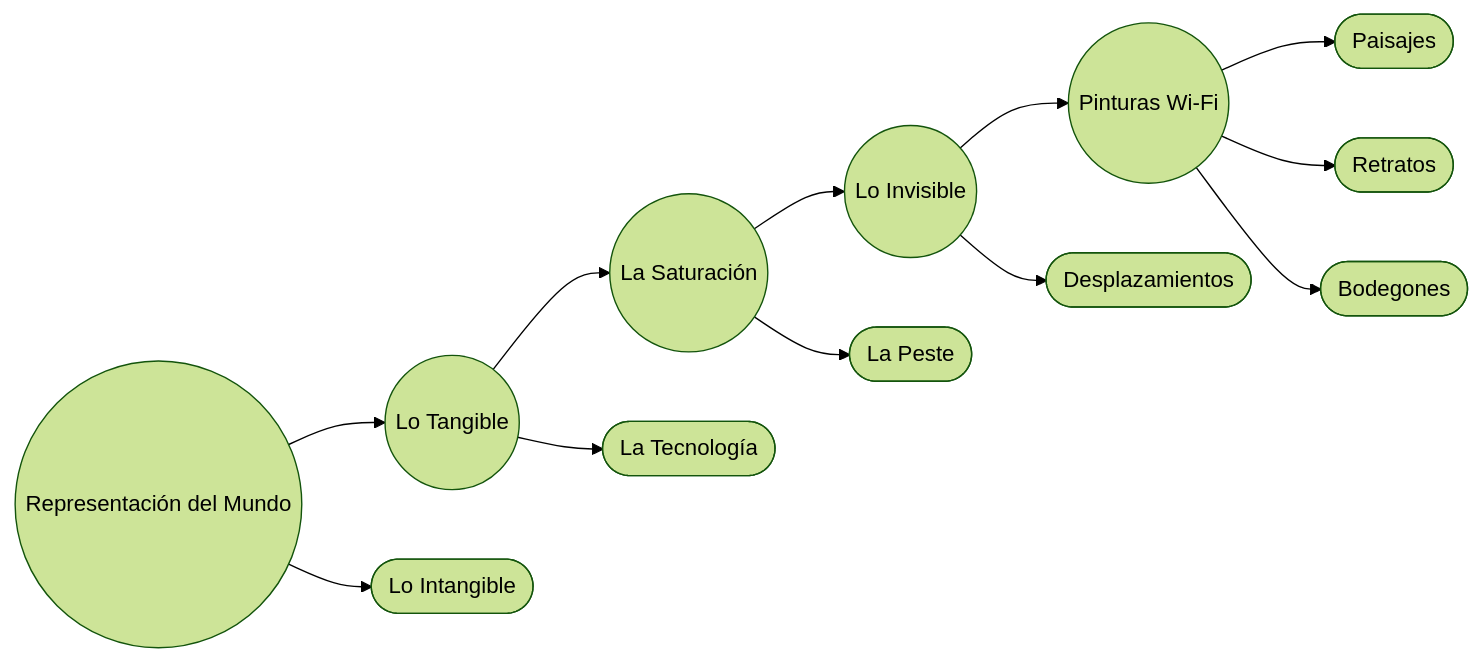
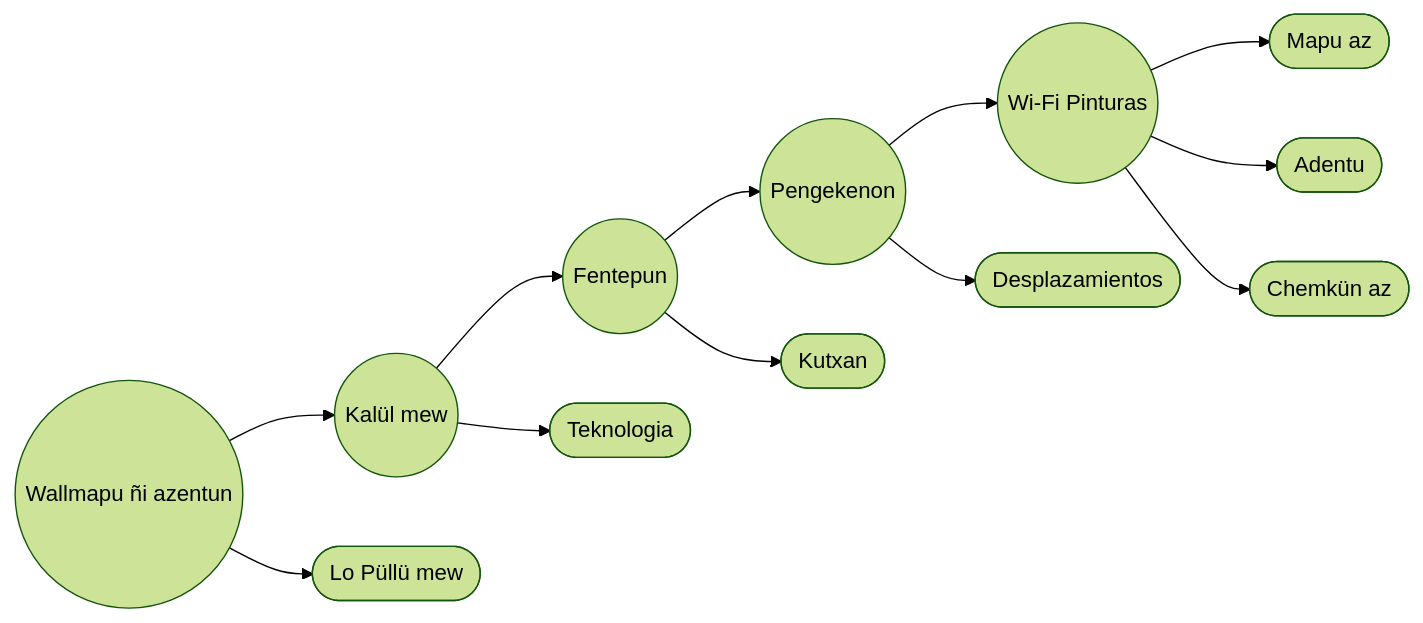
Before and after one commit to EGGS-Artesvisuales/EGGS-Artesvisuales.github.io: the diagram in MPD/pinturas-wifi.md, drawn with Mermaid (forest theme). The commit also changed other lines of this file and 43 other files, not shown here.

```diff
--- a/MPD/pinturas-wifi.md
+++ b/MPD/pinturas-wifi.md
@@ -89,35 +89,35 @@
 <div class="mermaid">
 graph LR
-  A((Representación del Mundo)) --> B((Lo Tangible))
-  A --> B2([Lo Intangible])
+  A((Wallmapu ñi azentun)) --> B((Kalül mew))
+  A --> B2([Lo Püllü mew])
 
-  B --> C((La Saturación))
-  B --> C2([La Tecnología])
+  B --> C((Fentepun))
+  B --> C2([Teknologia])
 
-  C --> D((Lo Invisible))
-  C --> D2([La Peste])
+  C --> D((Pengekenon))
+  C --> D2([Kutxan])
 
-  D --> E((Pinturas Wi-Fi))
+  D --> E((Wi-Fi Pinturas))
   D --> F([Desplazamientos])
 
-  %% Hijos de Pinturas Wi-Fi (categorías dentro de esta página)
-  E --> E1([Paisajes])
-  E --> E2([Retratos])
-  E --> E3([Bodegones])
+  %% Hijos de Wi-Fi Pinturas (categorías dentro de esta página)
+  E --> E1([Mapu az])
+  E --> E2([Adentu])
+  E --> E3([Chemkün az])
 
   %% Clicks (todos clickeables)
-  click A "/MPD/mundo-exterior.html" "Ver Representación del Mundo"
-  click B "/MPD/tangible.html" "Ver Lo Tangible"
-  click B2 "/MPD/intangible.html" "Ver Lo Intangible"
-  click C "/MPD/saturacion.html" "Ver La Saturación"
-  click C2 "/MPD/en-construccion.html" "Ver La Tecnología"
-  click D "/MPD/lo-invisible.html" "Ver Lo Invisible"
-  click D2 "/MPD/la-peste.html" "Ver La Peste"
-  click E "/MPD/pinturas-wifi.html" "Ver Pinturas Wi-Fi"
+  click A "/MPD/mundo-exterior.html" "Ver Wallmapu ñi azentun"
+  click B "/MPD/tangible.html" "Ver Kalül mew"
+  click B2 "/MPD/intangible.html" "Ver Lo Püllü mew"
+  click C "/MPD/saturacion.html" "Ver Fentepun"
+  click C2 "/MPD/en-construccion.html" "Ver Teknologia"
+  click D "/MPD/lo-invisible.html" "Ver Pengekenon"
+  click D2 "/MPD/la-peste.html" "Ver Kutxan"
+  click E "/MPD/pinturas-wifi.html" "Ver Wi-Fi Pinturas"
   click F "/MPD/en-construccion.html" "Ver Desplazamientos de la pintura"
 
   %% Enlaces a secciones internas (anclas) para coherencia con las 3 categorías
-  click E1 "#paisajes" "Ver Paisajes (Pinturas Wi-Fi)"
-  click E2 "#retratos" "Ver Retratos (Pinturas Wi-Fi)"
-  click E3 "#bodegones" "Ver Bodegones (Pinturas Wi-Fi)"
+  click E1 "#paisajes" "Ver Mapu az (Wi-Fi Pinturas)"
+  click E2 "#retratos" "Ver Adentu (Wi-Fi Pinturas)"
+  click E3 "#bodegones" "Ver Chemkün az (Wi-Fi Pinturas)"
 </div>
```
